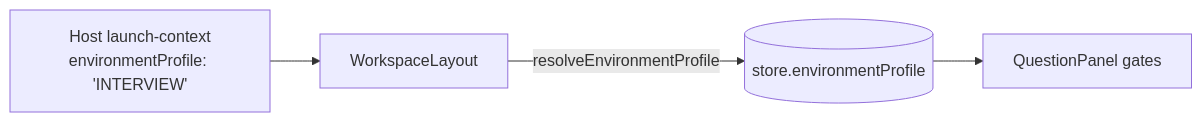
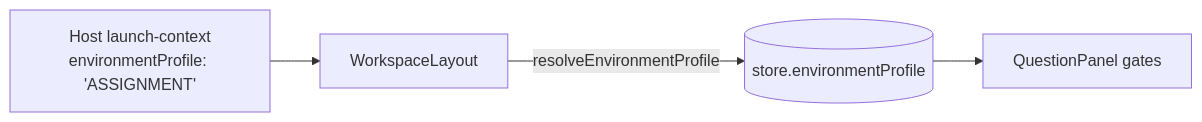
One commit to Newton-School/ns-simulator-docs changed the diagram in docs/question-platform-hardening/08-environment-profile-presentation-layer.md. Above: the diagram before and after it, drawn with Mermaid. The commit also changed other lines of this file and 10 other files, not shown here.

````diff
--- a/docs/question-platform-hardening/08-environment-profile-presentation-layer.md
+++ b/docs/question-platform-hardening/08-environment-profile-presentation-layer.md
@@ -103,6 +103,6 @@
 ```mermaid
 flowchart LR
-  Host["Host launch-context<br/>environmentProfile: 'INTERVIEW'"] --> WL[WorkspaceLayout]
+  Host["Host launch-context<br/>environmentProfile: 'ASSIGNMENT'"] --> WL[WorkspaceLayout]
   WL -->|resolveEnvironmentProfile| Store[(store.environmentProfile)]
   Store --> QP[QuestionPanel gates]
 ```
````
